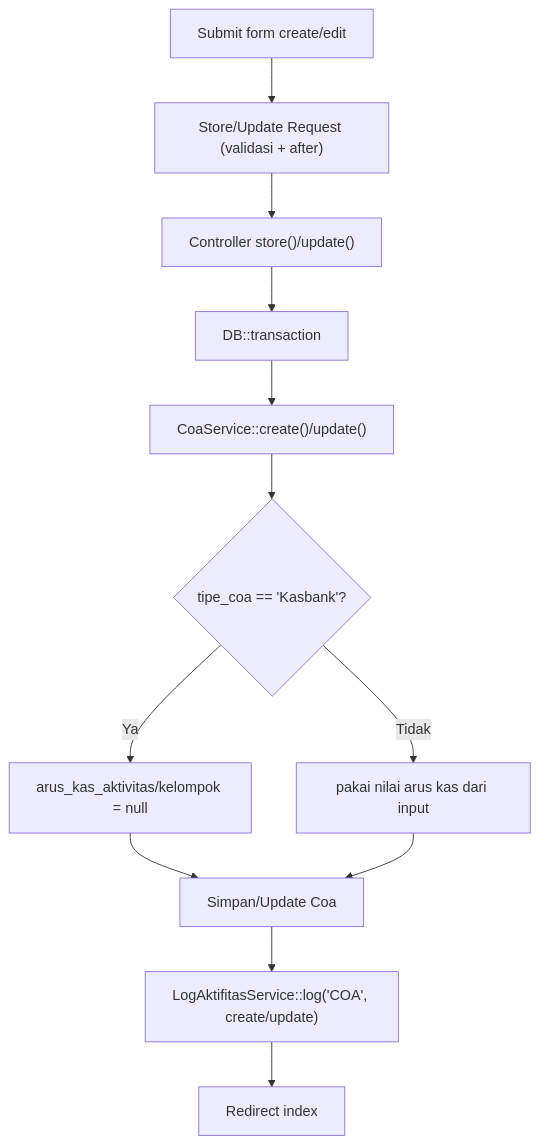
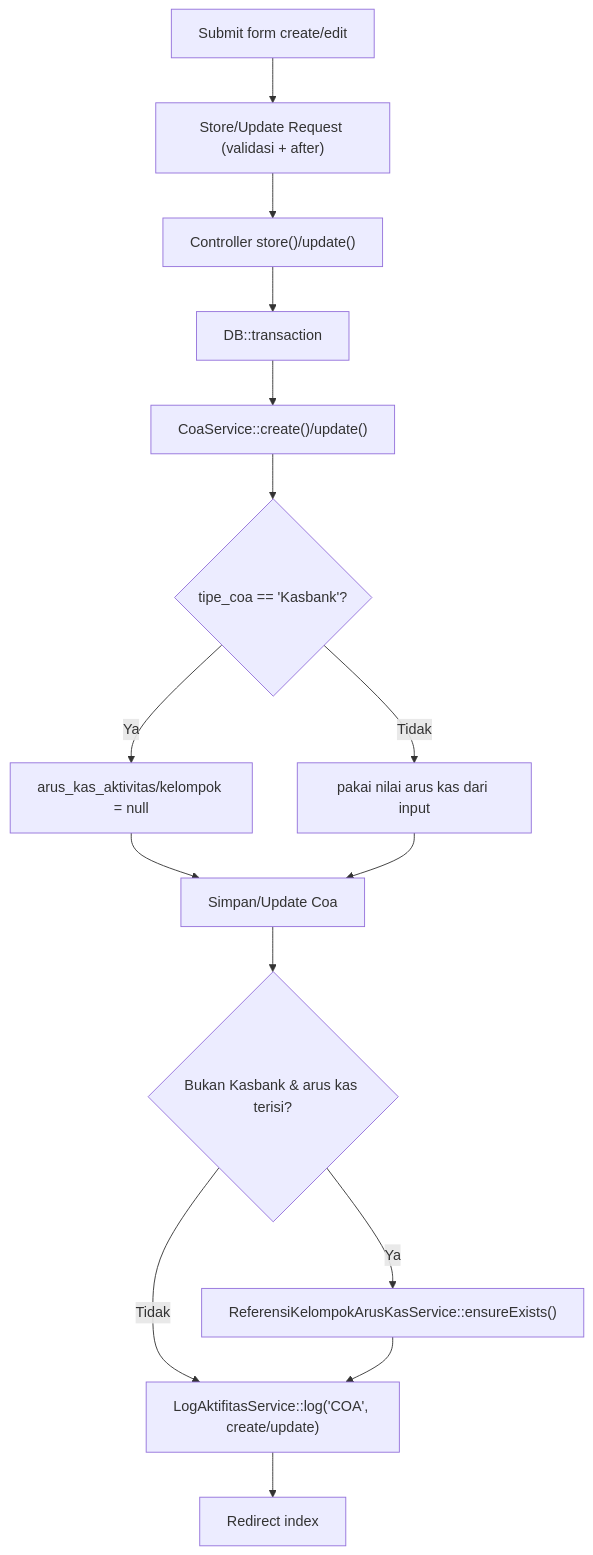
The second of 3 diagrams in dokumentasi/bukubesar-coa.md (AltamaSidoarjo/laravel-siakurat-pt-smt), drawn with Mermaid before and after one commit. The commit also changed other lines of this file and 7 other files, not shown here.

Commit message:
feat: enhance COA form with chained select2 tags and auto-insert to master referensi

````diff
--- a/dokumentasi/bukubesar-coa.md
+++ b/dokumentasi/bukubesar-coa.md
@@ -74,14 +74,17 @@
 ```mermaid
 flowchart TD
     A["Submit form create/edit"] --> B["Store/Update Request (validasi + after)"]
     B --> C["Controller store()/update()"]
     C --> D["DB::transaction"]
     D --> E["CoaService::create()/update()"]
     E --> F{"tipe_coa == 'Kasbank'?"}
     F -- Ya --> G["arus_kas_aktivitas/kelompok = null"]
     F -- Tidak --> H["pakai nilai arus kas dari input"]
     G --> I["Simpan/Update Coa"]
     H --> I
-    I --> J["LogAktifitasService::log('COA', create/update)"]
+    I --> L{"Bukan Kasbank & arus kas terisi?"}
+    L -- Ya --> M["ReferensiKelompokArusKasService::ensureExists()"]
+    L -- Tidak --> J
+    M --> J["LogAktifitasService::log('COA', create/update)"]
     J --> K["Redirect index"]
 ```
````
